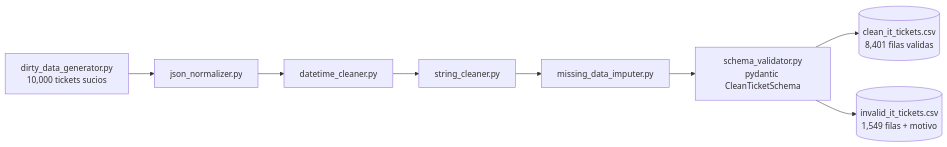
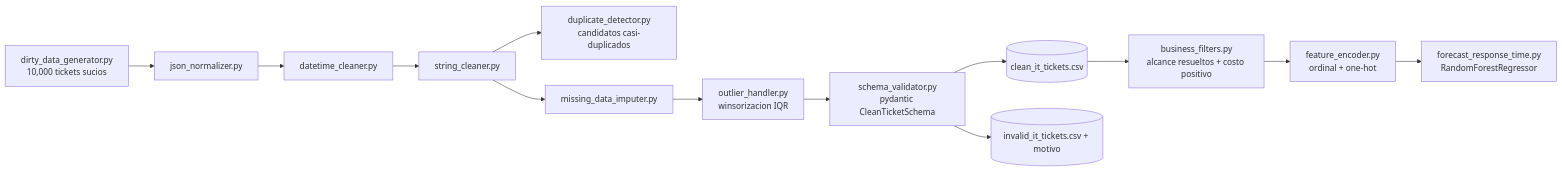
One commit to Rxyxs/Limpieza_Datos changed the diagram in README.es.md. Above: the diagram before and after it, drawn with Mermaid. The commit also changed other lines of this file and 16 other files, not shown here.

First line of the commit message:
feat: outlier handling, near-duplicate detection, ML-scope filtering, feature encoding, and a real forecasting model

````diff
--- a/README.es.md
+++ b/README.es.md
@@ -31,10 +35,15 @@
 ```mermaid
 flowchart LR
     A[dirty_data_generator.py<br/>10,000 tickets sucios] --> B[json_normalizer.py]
     B --> C[datetime_cleaner.py]
     C --> D[string_cleaner.py]
-    D --> E[missing_data_imputer.py]
-    E --> F["schema_validator.py<br/>pydantic CleanTicketSchema"]
-    F --> G[(clean_it_tickets.csv<br/>8,401 filas validas)]
-    F --> H[(invalid_it_tickets.csv<br/>1,549 filas + motivo)]
+    D --> E[duplicate_detector.py<br/>candidatos casi-duplicados]
+    D --> F[missing_data_imputer.py]
+    F --> G[outlier_handler.py<br/>winsorizacion IQR]
+    G --> H["schema_validator.py<br/>pydantic CleanTicketSchema"]
+    H --> I[(clean_it_tickets.csv)]
+    H --> J[(invalid_it_tickets.csv + motivo)]
+    I --> K[business_filters.py<br/>alcance resueltos + costo positivo]
+    K --> L[feature_encoder.py<br/>ordinal + one-hot]
+    L --> M["forecast_response_time.py<br/>RandomForestRegressor"]
 ```
````
